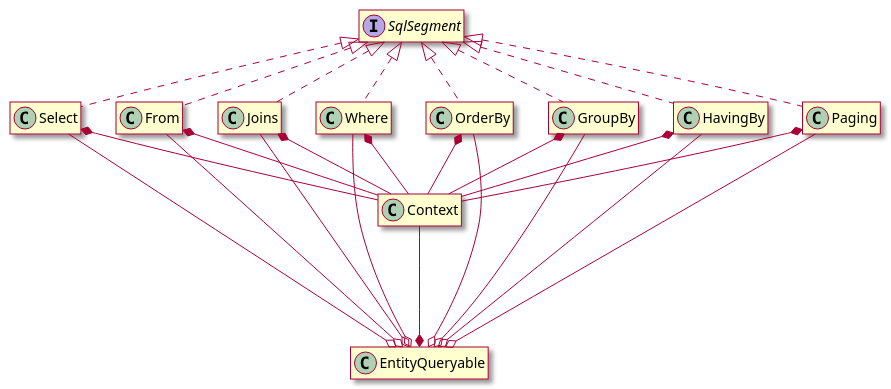
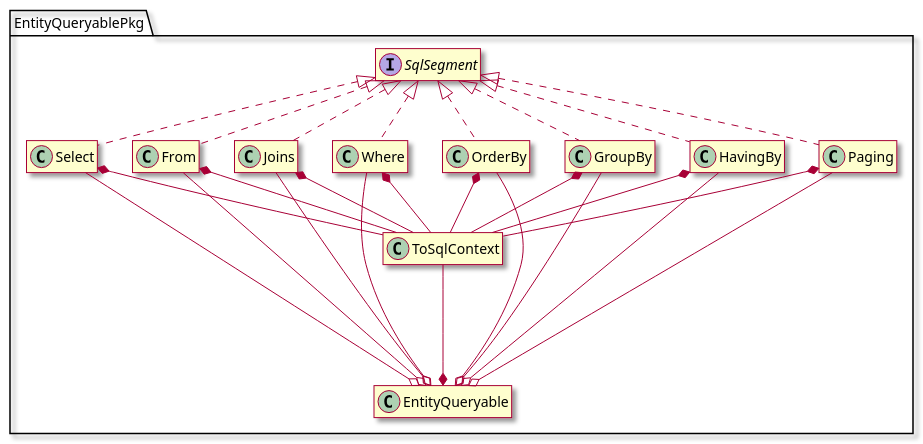
The diagram in docs/uml/core-classes-EntityQueryable.puml (yhrjjs-cd/FastORM), drawn with PlantUML before and after one commit. The commit also changed 70 other files, not shown here.

```diff
--- a/docs/uml/core-classes-EntityQueryable.puml
+++ b/docs/uml/core-classes-EntityQueryable.puml
@@ -1,37 +1,41 @@
 @startuml
 'https://plantuml.com/class-diagram
 skin rose
 hide methods
 hide fields
 
-class EntityQueryable
-interface SqlSegment
-class Select implements SqlSegment
-class From implements SqlSegment
-class Joins implements SqlSegment
-class Where implements SqlSegment
-class OrderBy implements SqlSegment
-class GroupBy implements SqlSegment
-class HavingBy implements SqlSegment
-class Paging implements SqlSegment
+package EntityQueryablePkg {
+    class EntityQueryable
+    interface SqlSegment
+    class ToSqlContext
+    class Select implements SqlSegment
+    class From implements SqlSegment
+    class Joins implements SqlSegment
+    class Where implements SqlSegment
+    class OrderBy implements SqlSegment
+    class GroupBy implements SqlSegment
+    class HavingBy implements SqlSegment
+    class Paging implements SqlSegment
+}
 
-Select *-- Context
-From *-- Context
-Joins *-- Context
-Where *-- Context
-OrderBy *-- Context
-GroupBy *-- Context
-HavingBy *-- Context
-Paging *-- Context
 
-Context ---* EntityQueryable
+Select *-- ToSqlContext
+From *-- ToSqlContext
+Joins *-- ToSqlContext
+Where *-- ToSqlContext
+OrderBy *-- ToSqlContext
+GroupBy *-- ToSqlContext
+HavingBy *-- ToSqlContext
+Paging *-- ToSqlContext
+
+ToSqlContext ---* EntityQueryable
 Select --o EntityQueryable
 From --o EntityQueryable
 Joins --o EntityQueryable
 Where --o EntityQueryable
 OrderBy --o EntityQueryable
 GroupBy --o EntityQueryable
 HavingBy --o EntityQueryable
 Paging --o EntityQueryable
 
 @enduml
```
